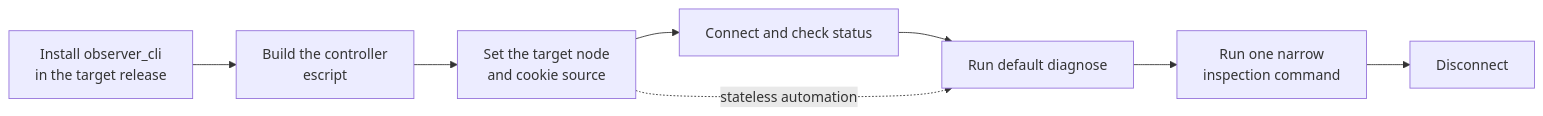
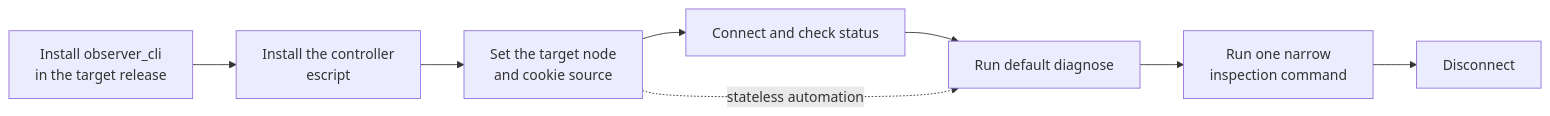
One commit to zhongwencool/observer_cli changed the diagram in docs/reference/cli.md. Above: the diagram before and after it, drawn with Mermaid. The commit also changed other lines of this file and 4 other files, not shown here.

````diff
--- a/docs/reference/cli.md
+++ b/docs/reference/cli.md
@@ -17,10 +17,10 @@
 ```mermaid
 flowchart LR
-    A[Install observer_cli<br/>in the target release] --> B[Build the controller<br/>escript]
+    A[Install observer_cli<br/>in the target release] --> B[Install the controller<br/>escript]
     B --> C[Set the target node<br/>and cookie source]
     C --> D[Connect and check status]
     D --> E[Run default diagnose]
     E --> F[Run one narrow<br/>inspection command]
     F --> G[Disconnect]
     C -. stateless automation .-> E
 ```
````
